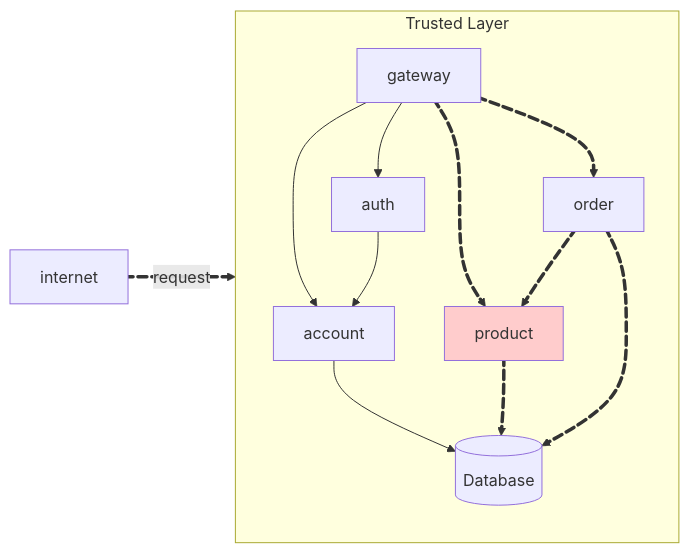
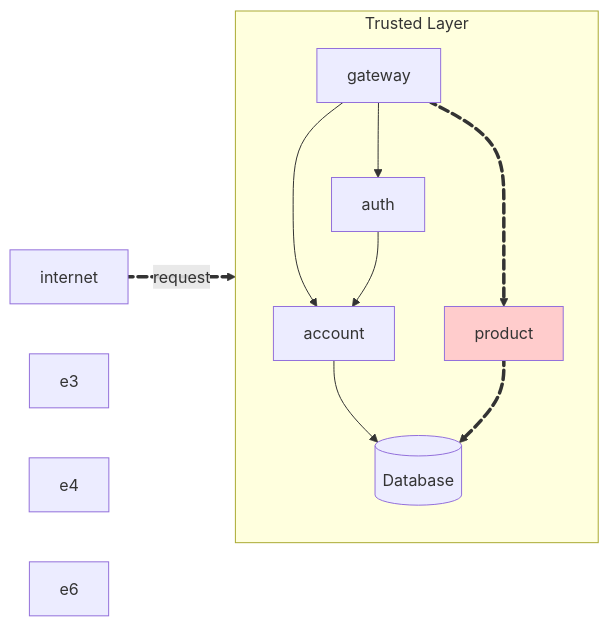
One commit to Joao-Pedro-Queiroz/pma_apis_docs changed the diagram in docs/productapi/main.md. Above: the diagram before and after it, drawn with Mermaid.

Commit message:
meçhorando mapa do Product API

````diff
--- a/docs/productapi/main.md
+++ b/docs/productapi/main.md
@@ -16,24 +16,21 @@
 ``` mermaid
 flowchart LR
     subgraph api [Trusted Layer]
         direction TB
         gateway --> account
         gateway --> auth
         account --> db@{ shape: cyl, label: "Database" }
         auth --> account
         gateway e5@==> product:::red
-        gateway e6@==> order
         product e2@==> db
-        order e3@==> db
-        order e4@==> product
     end
     internet e1@==>|request| gateway
     e1@{ animate: true }
     e2@{ animate: true }
     e3@{ animate: true }
     e4@{ animate: true }
     e5@{ animate: true }
     e6@{ animate: true }
     classDef red fill:#fcc
     click product "#product-api" "Product API"
 ```
````
